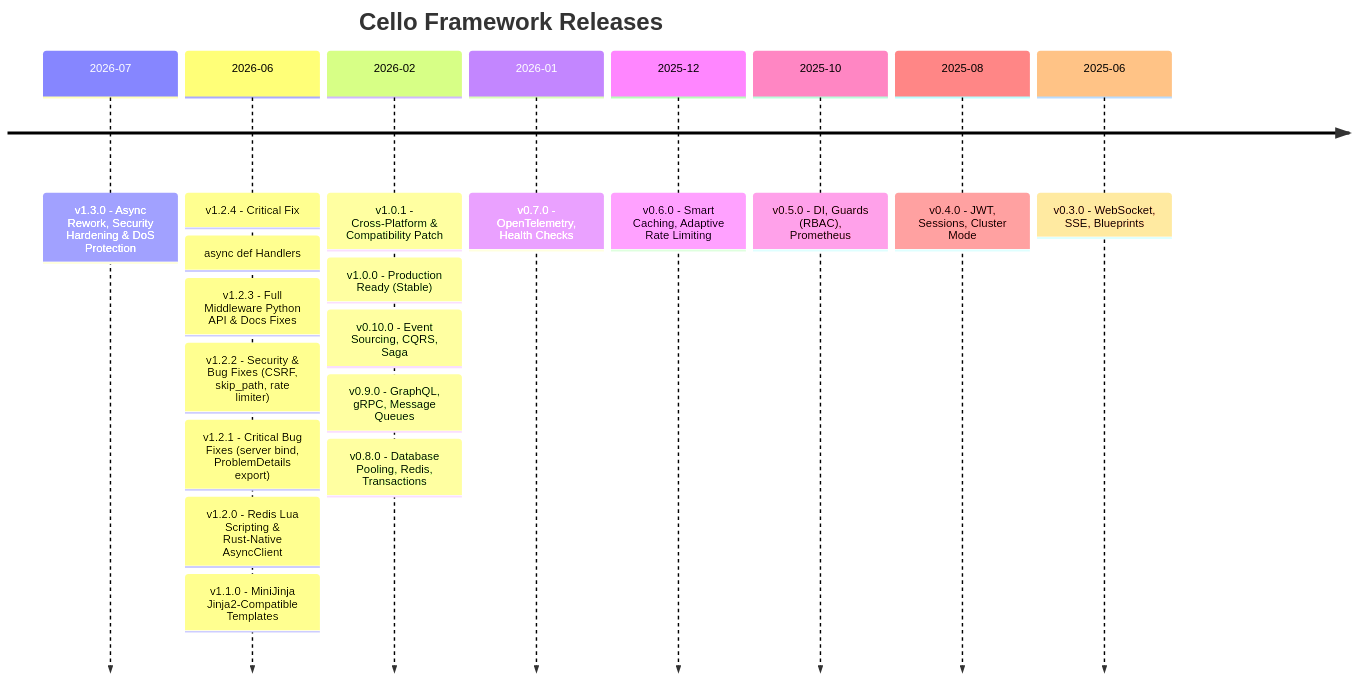
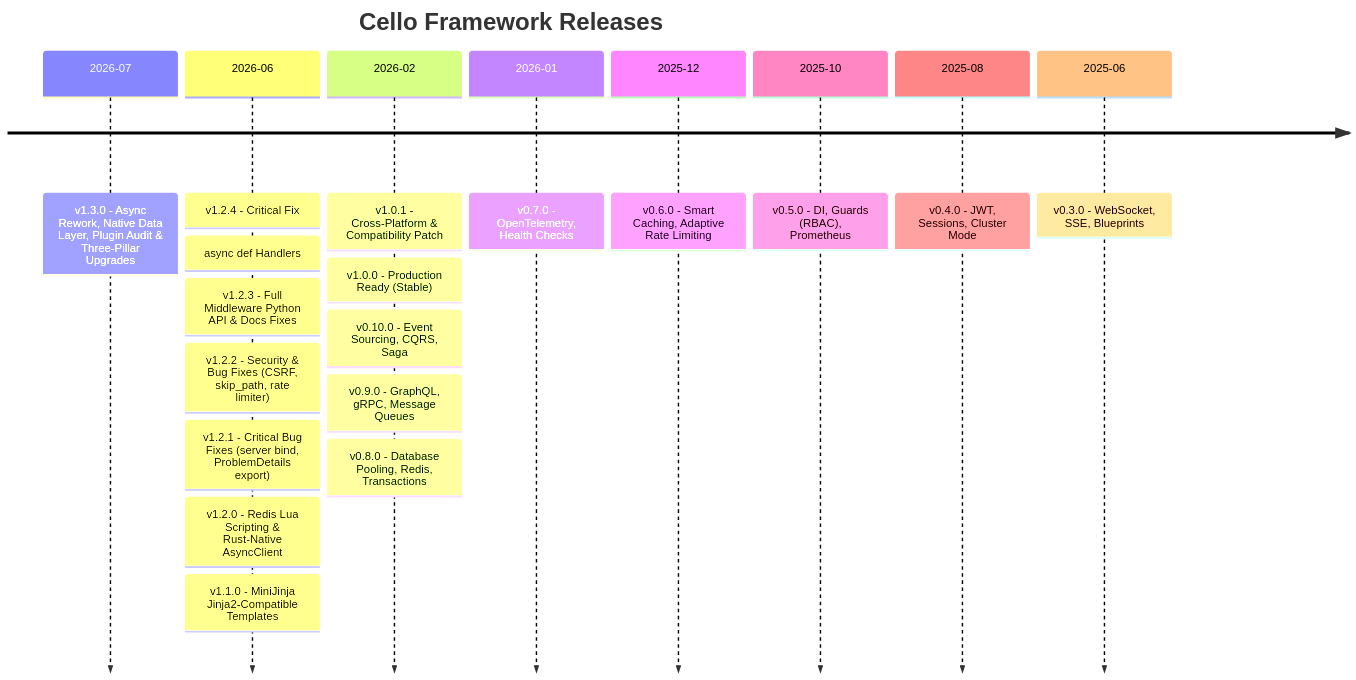
The diagram in docs/releases/index.md (JERRIX/cello), drawn with Mermaid before and after one commit. The commit also changed other lines of this file and 55 other files, not shown here.

````diff
--- a/docs/releases/index.md
+++ b/docs/releases/index.md
@@ -37,21 +38,21 @@
 ```mermaid
 timeline
     title Cello Framework Releases
-    2026-07 : v1.3.0 - Async Rework, Security Hardening & DoS Protection
+    2026-07 : v1.3.0 - Async Rework, Native Data Layer, Plugin Audit & Three-Pillar Upgrades
     2026-06 : v1.2.4 - Critical Fix: async def Handlers
             : v1.2.3 - Full Middleware Python API & Docs Fixes
             : v1.2.2 - Security & Bug Fixes (CSRF, skip_path, rate limiter)
             : v1.2.1 - Critical Bug Fixes (server bind, ProblemDetails export)
             : v1.2.0 - Redis Lua Scripting & Rust-Native AsyncClient
             : v1.1.0 - MiniJinja Jinja2-Compatible Templates
     2026-02 : v1.0.1 - Cross-Platform & Compatibility Patch
             : v1.0.0 - Production Ready (Stable)
             : v0.10.0 - Event Sourcing, CQRS, Saga
             : v0.9.0 - GraphQL, gRPC, Message Queues
             : v0.8.0 - Database Pooling, Redis, Transactions
     2026-01 : v0.7.0 - OpenTelemetry, Health Checks
     2025-12 : v0.6.0 - Smart Caching, Adaptive Rate Limiting
     2025-10 : v0.5.0 - DI, Guards (RBAC), Prometheus
     2025-08 : v0.4.0 - JWT, Sessions, Cluster Mode
     2025-06 : v0.3.0 - WebSocket, SSE, Blueprints
 ```
````
